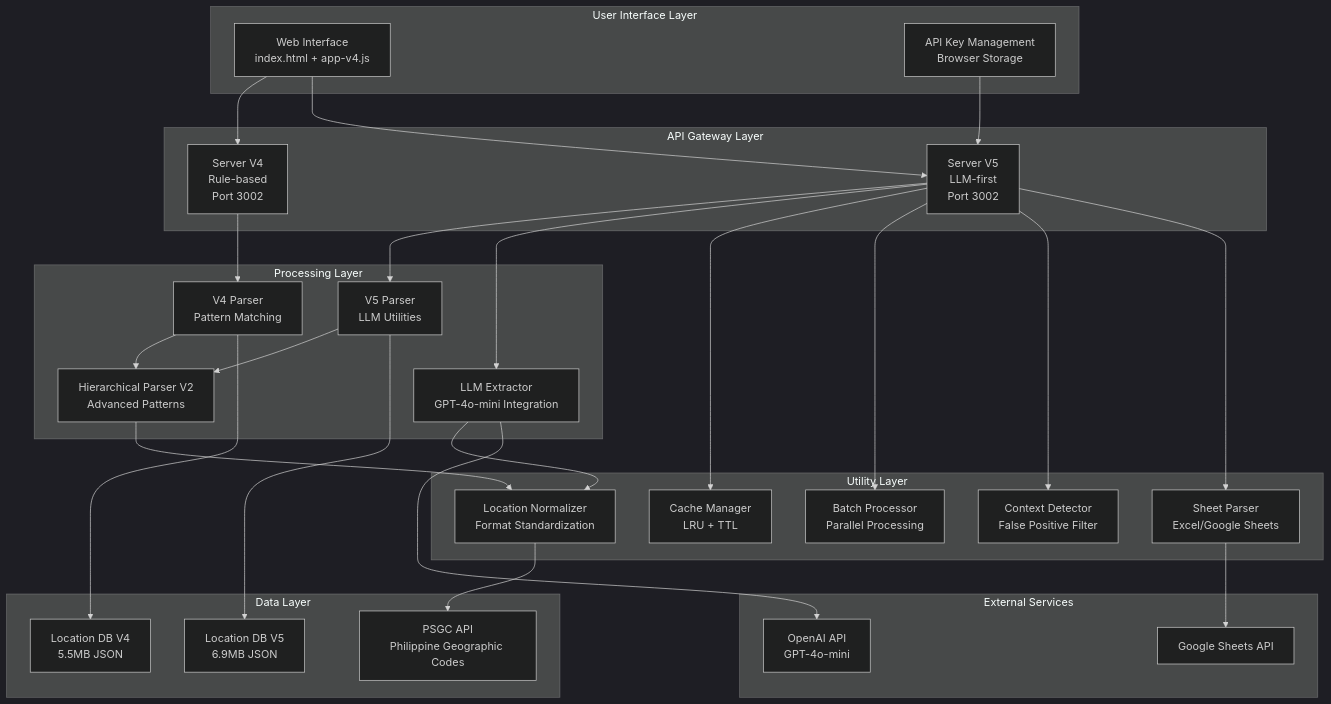
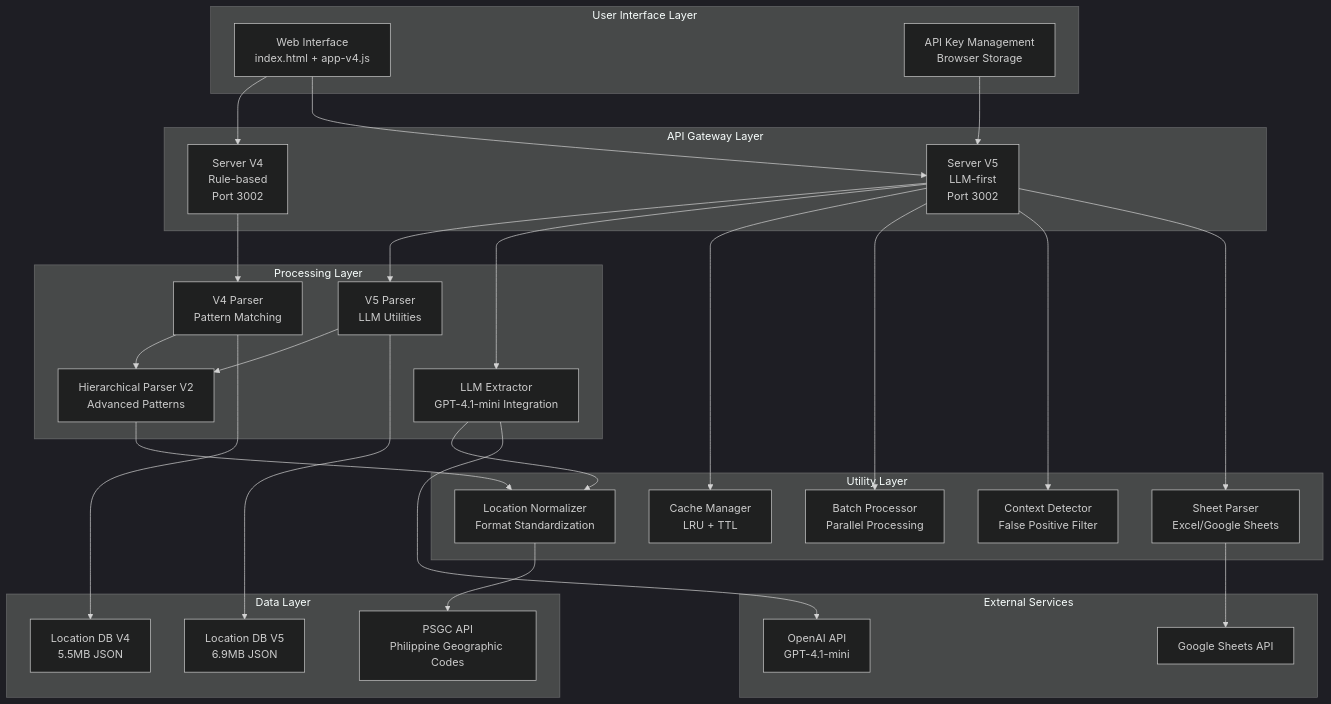
Before and after one commit to ericxyz86/philippine-location-parser: the first of 9 diagrams in ARCHITECTURAL_DIAGRAMS.md, drawn with Mermaid (dark theme). The commit also changed other lines of this file and 17 other files, not shown here.

First line of the commit message:
feat: upgrade to gpt-4.1-mini + fix proxy timeout for all paths

````diff
--- a/ARCHITECTURAL_DIAGRAMS.md
+++ b/ARCHITECTURAL_DIAGRAMS.md
@@ -5,64 +5,64 @@
 ```mermaid
 graph TB
     subgraph "User Interface Layer"
         UI[Web Interface<br/>index.html + app-v4.js]
         API_KEY[API Key Management<br/>Browser Storage]
     end
     
     subgraph "API Gateway Layer"
         V4_SERVER[Server V4<br/>Rule-based<br/>Port 3002]
         V5_SERVER[Server V5<br/>LLM-first<br/>Port 3002]
     end
     
     subgraph "Processing Layer"
         V4_PARSER[V4 Parser<br/>Pattern Matching]
         V5_PARSER[V5 Parser<br/>LLM Utilities]
         HIERARCHICAL[Hierarchical Parser V2<br/>Advanced Patterns]
-        LLM_EXTRACTOR[LLM Extractor<br/>GPT-4o-mini Integration]
+        LLM_EXTRACTOR[LLM Extractor<br/>GPT-4.1-mini Integration]
     end
     
     subgraph "Utility Layer"
         NORMALIZER[Location Normalizer<br/>Format Standardization]
         CACHE[Cache Manager<br/>LRU + TTL]
         BATCH[Batch Processor<br/>Parallel Processing]
         CONTEXT[Context Detector<br/>False Positive Filter]
         SHEET[Sheet Parser<br/>Excel/Google Sheets]
     end
     
     subgraph "Data Layer"
         V4_DB[Location DB V4<br/>5.5MB JSON]
         V5_DB[Location DB V5<br/>6.9MB JSON]
         PSGC_API[PSGC API<br/>Philippine Geographic Codes]
     end
     
     subgraph "External Services"
-        OPENAI[OpenAI API<br/>GPT-4o-mini]
+        OPENAI[OpenAI API<br/>GPT-4.1-mini]
         GOOGLE_SHEETS[Google Sheets API]
     end
     
     UI --> V4_SERVER
     UI --> V5_SERVER
     API_KEY --> V5_SERVER
     
     V4_SERVER --> V4_PARSER
     V5_SERVER --> V5_PARSER
     V5_SERVER --> LLM_EXTRACTOR
     
     V4_PARSER --> HIERARCHICAL
     V5_PARSER --> HIERARCHICAL
     
     HIERARCHICAL --> NORMALIZER
     LLM_EXTRACTOR --> NORMALIZER
     
     V4_PARSER --> V4_DB
     V5_PARSER --> V5_DB
     
     V5_SERVER --> CACHE
     V5_SERVER --> BATCH
     V5_SERVER --> CONTEXT
     V5_SERVER --> SHEET
     
     LLM_EXTRACTOR --> OPENAI
     SHEET --> GOOGLE_SHEETS
     NORMALIZER --> PSGC_API
 ```
````
